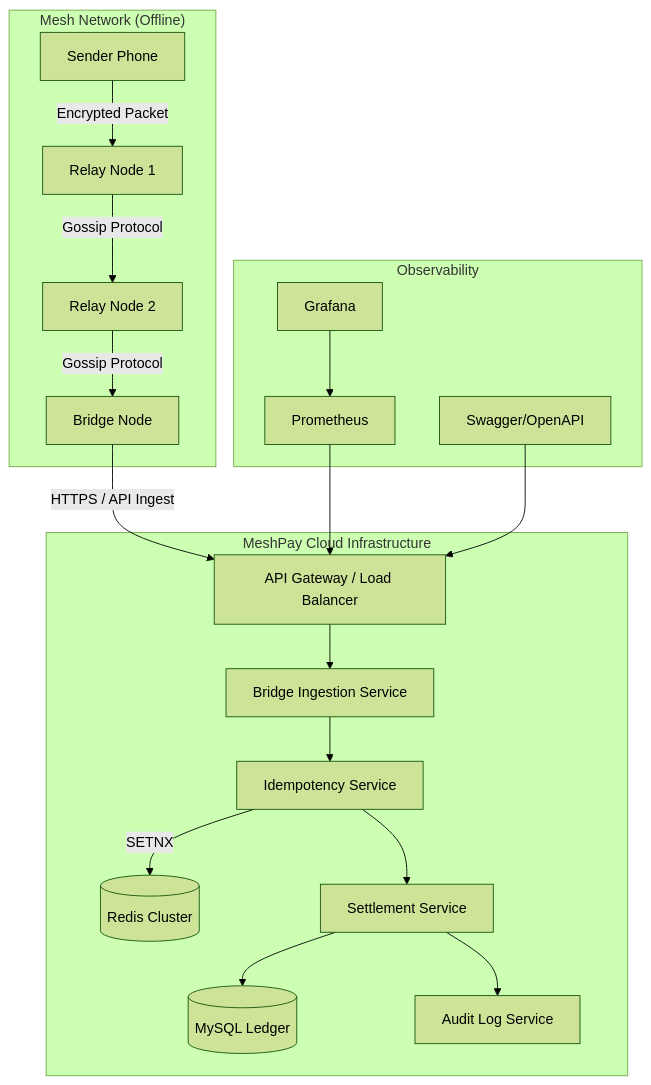
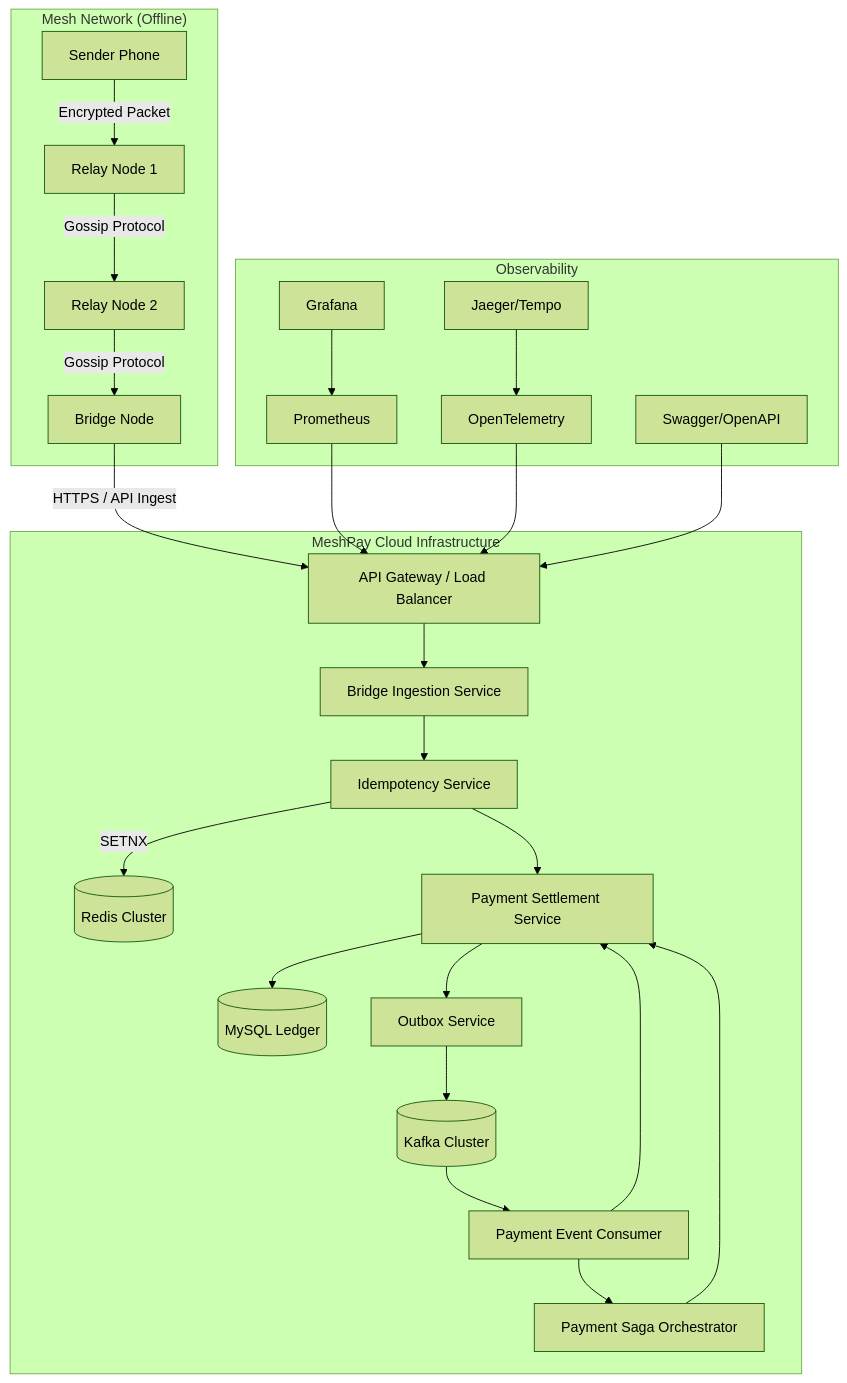
The diagram in README.md (aryangaikwad-966/MeshPay-Distributed-Offline-Payment-Infrastructure), drawn with Mermaid (forest theme) before and after one commit. The commit also changed other lines of this file and 12 other files, not shown here.

First line of the commit message:
feat: Complete Kafka event-driven architecture migration

````diff
--- a/README.md
+++ b/README.md
@@ -28,24 +28,31 @@
 ```mermaid
 graph TD
     subgraph "Mesh Network (Offline)"
         A[Sender Phone] -- "Encrypted Packet" --> B[Relay Node 1]
         B -- "Gossip Protocol" --> C[Relay Node 2]
         C -- "Gossip Protocol" --> D[Bridge Node]
     end
 
     subgraph "MeshPay Cloud Infrastructure"
         D -- "HTTPS / API Ingest" --> E[API Gateway / Load Balancer]
         E --> F[Bridge Ingestion Service]
         F --> G[Idempotency Service]
         G -- "SETNX" --> H[(Redis Cluster)]
-        G --> I[Settlement Service]
+        G --> I[Payment Settlement Service]
         I --> J[(MySQL Ledger)]
-        I --> K[Audit Log Service]
+        I --> K[Outbox Service]
+        K --> L[(Kafka Cluster)]
+        L --> M[Payment Event Consumer]
+        M --> I
+        M --> N[Payment Saga Orchestrator]
+        N --> I
     end
 
     subgraph "Observability"
-        L[Prometheus] --> E
-        M[Grafana] --> L
-        N[Swagger/OpenAPI] --> E
+        O[Prometheus] --> E
+        P[Grafana] --> O
+        Q[OpenTelemetry] --> E
+        R[Jaeger/Tempo] --> Q
+        S[Swagger/OpenAPI] --> E
     end
 ```
````
